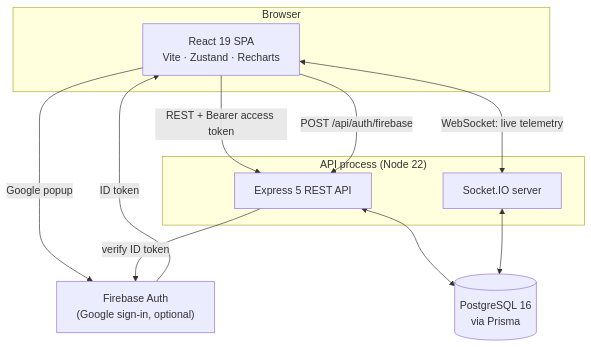
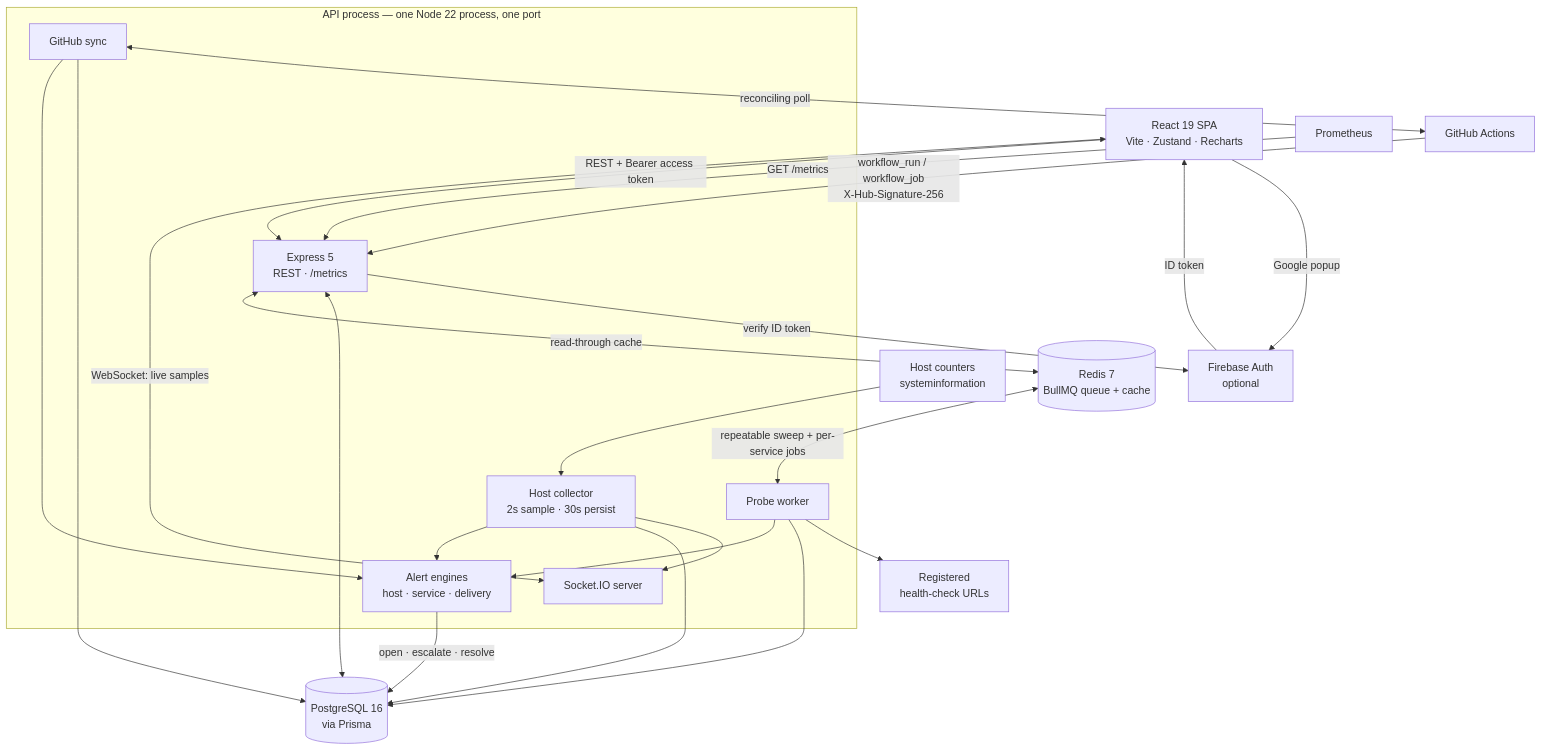
One commit to Arman-op/Pulsara changed the first of 2 diagrams in ARCHITECTURE.md. Above: the diagram before and after it, drawn with Mermaid. The commit also changed other lines of this file, not shown here.

````diff
--- a/ARCHITECTURE.md
+++ b/ARCHITECTURE.md
@@ -35,23 +42,48 @@
 ```mermaid
 graph TD
-    subgraph Browser
-        SPA["React 19 SPA<br/>Vite · Zustand · Recharts"]
-    end
+    SPA["React 19 SPA<br/>Vite · Zustand · Recharts"]
 
-    subgraph "API process (Node 22)"
-        HTTP["Express 5 REST API"]
+    subgraph api["API process — one Node 22 process, one port"]
+        HTTP["Express 5<br/>REST · /metrics"]
         WS["Socket.IO server"]
+        COL["Host collector<br/>2s sample · 30s persist"]
+        PROBE["Probe worker"]
+        SYNC["GitHub sync"]
+        ENG["Alert engines<br/>host · service · delivery"]
     end
 
     DB[("PostgreSQL 16<br/>via Prisma")]
-    IDP["Firebase Auth<br/>(Google sign-in, optional)"]
+    REDIS[("Redis 7<br/>BullMQ queue + cache")]
+
+    HOST["Host counters<br/>systeminformation"]
+    TARGETS["Registered<br/>health-check URLs"]
+    GH["GitHub Actions"]
+    IDP["Firebase Auth<br/>optional"]
+    SCRAPER["Prometheus"]
 
     SPA -->|"REST + Bearer access token"| HTTP
-    SPA <-->|"WebSocket: live telemetry"| WS
+    SPA <-->|"WebSocket: live samples"| WS
     SPA -->|"Google popup"| IDP
     IDP -->|"ID token"| SPA
-    SPA -->|"POST /api/auth/firebase"| HTTP
     HTTP -->|"verify ID token"| IDP
+
+    HOST --> COL
+    COL --> WS
+    COL --> DB
+    COL --> ENG
+
+    REDIS <-->|"repeatable sweep + per-service jobs"| PROBE
+    PROBE --> TARGETS
+    PROBE --> DB
+    PROBE --> ENG
+
+    GH -->|"workflow_run / workflow_job<br/>X-Hub-Signature-256"| HTTP
+    SYNC <-->|"reconciling poll"| GH
+    SYNC --> DB
+    SYNC --> ENG
+
+    ENG -->|"open · escalate · resolve"| DB
     HTTP <--> DB
-    WS <--> DB
+    HTTP <-->|"read-through cache"| REDIS
+    SCRAPER -->|"GET /metrics"| HTTP
 ```
````
